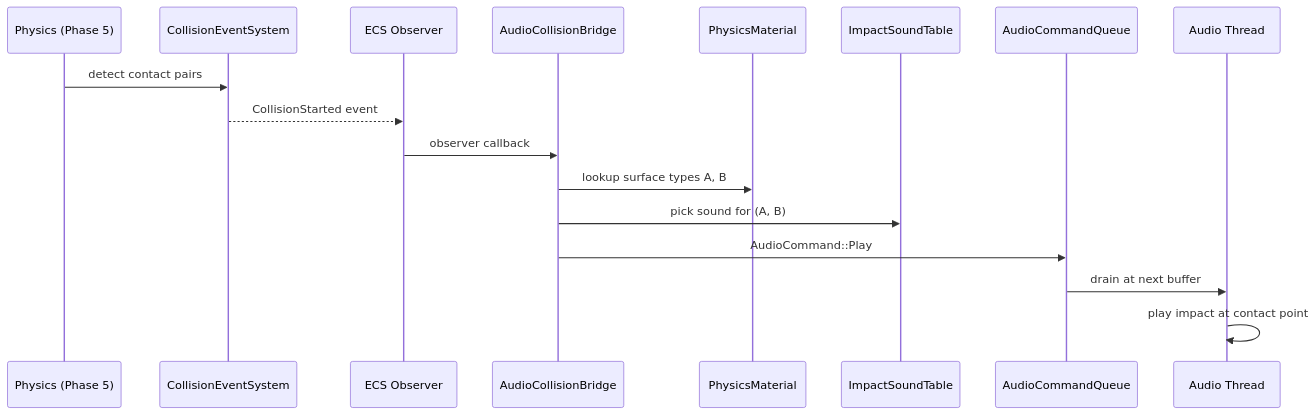
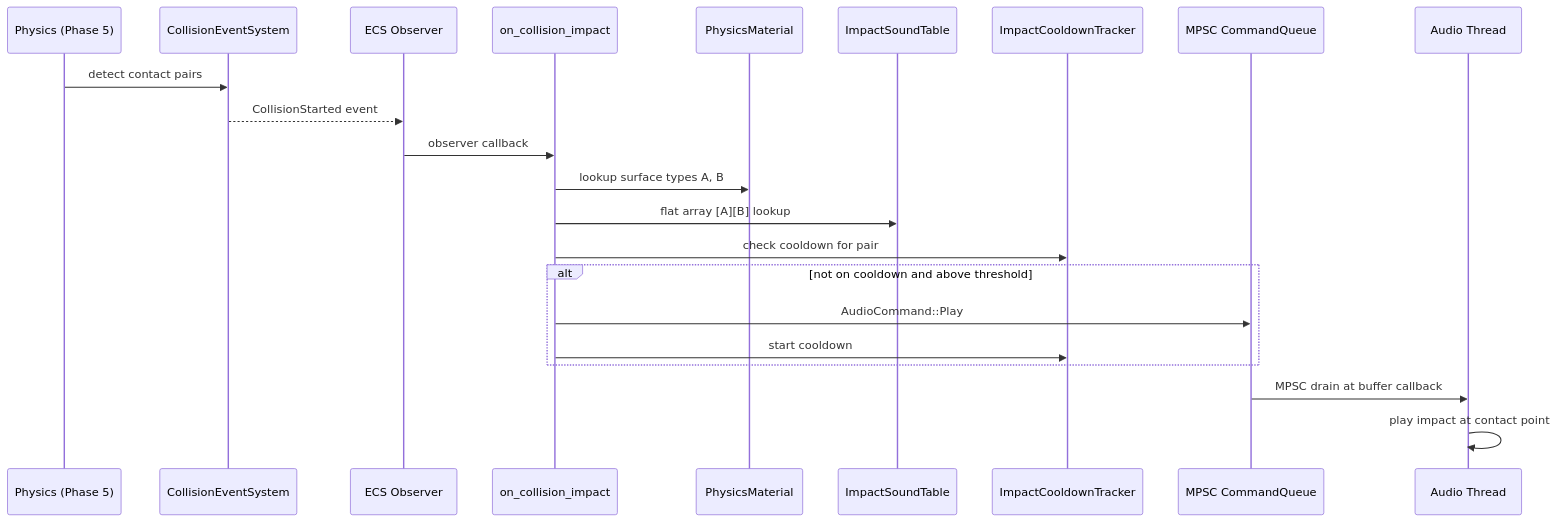
The second of 4 diagrams in docs/design/integration/audio-physics.md (harmonius-dev/harmonius), drawn with Mermaid before and after one commit. The commit also changed other lines of this file and 57 other files, not shown here.

````diff
--- a/docs/design/integration/audio-physics.md
+++ b/docs/design/integration/audio-physics.md
@@ -106,20 +464,25 @@
 ```mermaid
 sequenceDiagram
     participant Phys as Physics (Phase 5)
     participant CE as CollisionEventSystem
     participant ECS as ECS Observer
-    participant Bridge as AudioCollisionBridge
+    participant Bridge as on_collision_impact
     participant Mat as PhysicsMaterial
     participant Tbl as ImpactSoundTable
-    participant Cmd as AudioCommandQueue
+    participant CD as ImpactCooldownTracker
+    participant Cmd as MPSC CommandQueue
     participant AT as Audio Thread
 
     Phys->>CE: detect contact pairs
     CE-->>ECS: CollisionStarted event
     ECS->>Bridge: observer callback
     Bridge->>Mat: lookup surface types A, B
-    Bridge->>Tbl: pick sound for (A, B)
-    Bridge->>Cmd: AudioCommand::Play
-    Cmd->>AT: drain at next buffer
+    Bridge->>Tbl: flat array [A][B] lookup
+    Bridge->>CD: check cooldown for pair
+    alt not on cooldown and above threshold
+        Bridge->>Cmd: AudioCommand::Play
+        Bridge->>CD: start cooldown
+    end
+    Cmd->>AT: MPSC drain at buffer callback
     AT->>AT: play impact at contact point
 ```
````
